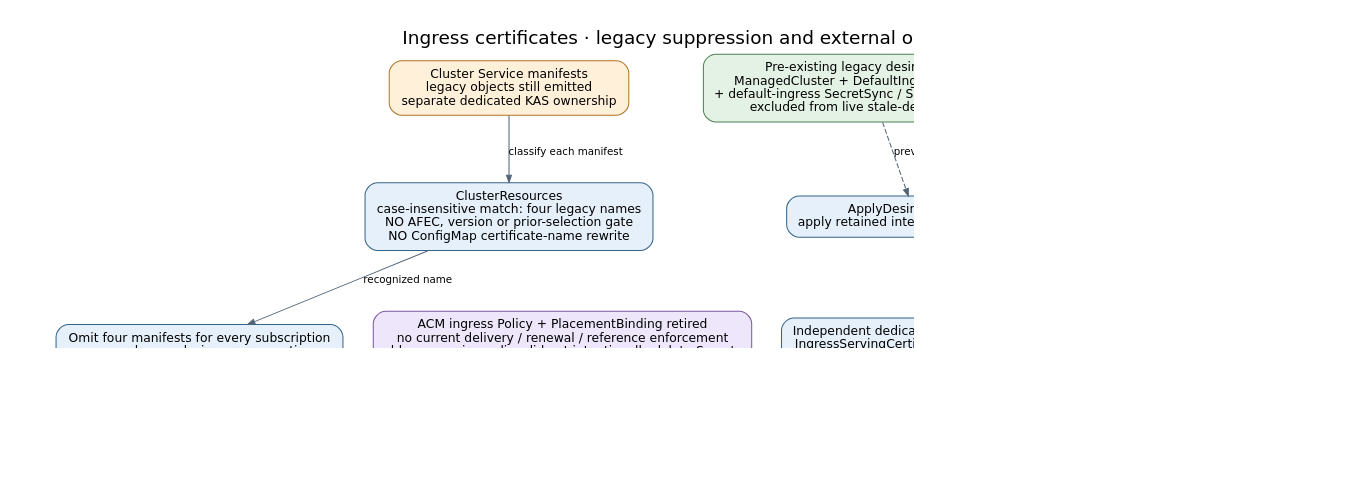
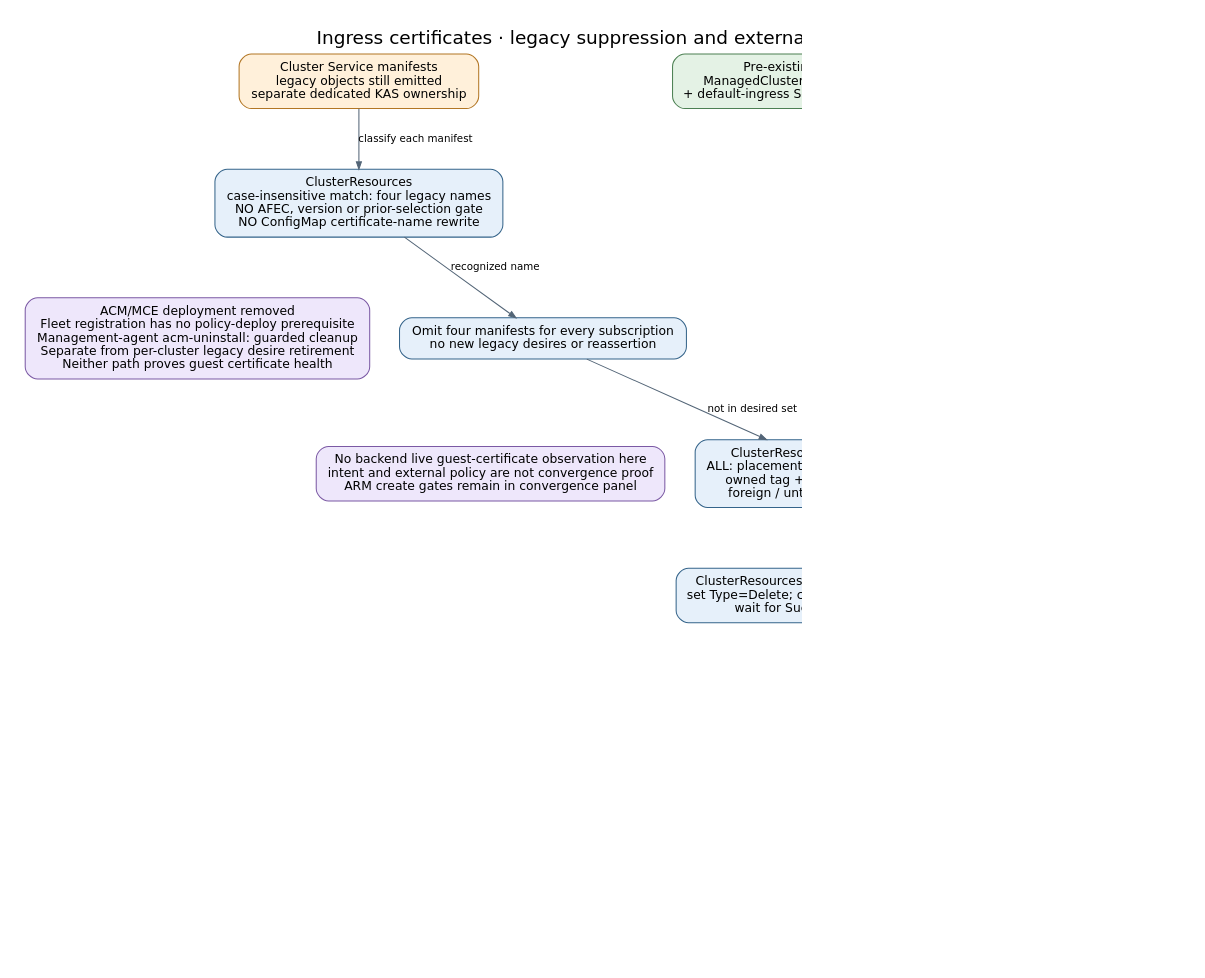
Before and after one commit to Azure/ARO-HCP: the diagram in docs/generated/diagrams/controller-flows/ingress-certificate-selection.dot, drawn with Graphviz. The commit also changed 42 other files, not shown here.

Commit message:
docs: sync generated controller reference and snapshot boundaries

```diff
--- a/docs/generated/diagrams/controller-flows/ingress-certificate-selection.dot
+++ b/docs/generated/diagrams/controller-flows/ingress-certificate-selection.dot
@@ -1,25 +1,33 @@
 digraph ingress_certificate_selection {
   graph [rankdir=TB, bgcolor="white", pad=0.3, nodesep=0.4, ranksep=0.65, fontname="DejaVu Sans", fontsize=18, labelloc=t, label="Ingress certificates · legacy suppression and external ownership", dpi=110];
   node [shape=box, style="rounded,filled", fillcolor="#e6f0fa", color="#35648a", fontname="DejaVu Sans", fontsize=12, margin="0.16,0.10"];
   edge [color="#536577", fontname="DejaVu Sans", fontsize=10, arrowsize=0.7];
   manifests [label="Cluster Service manifests\nlegacy objects still emitted\nseparate dedicated KAS ownership", fillcolor="#fff0da", color="#b27624"];
   gate [label="ClusterResources\ncase-insensitive match: four legacy names\nNO AFEC, version or prior-selection gate\nNO ConfigMap certificate-name rewrite"];
-  keep [label="Pre-existing legacy desires remain\nManagedCluster + DefaultIngressConfigMap\n+ default-ingress SecretSync / SecretProviderClass\nexcluded from live stale-desire cleanup", fillcolor="#e4f2e5", color="#4c8053"];
+  existing [label="Pre-existing four legacy desires\nManagedCluster + DefaultIngressConfigMap\n+ default-ingress SecretSync / SecretProviderClass", fillcolor="#e4f2e5", color="#4c8053"];
   remove [label="Omit four manifests for every subscription\nno new legacy desires or reassertion"];
-  teardown [label="Whole-cluster deletion chain\nexplicit Delete intents + observed completion"];
-  apply [label="ApplyDesireController\napply retained intent / execute Delete"];
-  acm [label="ACM ingress Policy + PlacementBinding retired\nno current delivery / renewal / reference enforcement\nold non-pruning policy did not intentionally delete Secrets\nretained material is not proof of validity or renewal", fillcolor="#eee7fb", color="#7b59a4"];
+  cleanup [label="ClusterResources live stale cleanup\nALL: placement + CS ID + nonnil resources\nowned tag + absent from desired set\nforeign / untagged desires left alone"];
+  deleting [label="ClusterResources: EnsureApplyDesireRemoved\nset Type=Delete; clear apply payload / conditions\nwait for SuccessfullyDeleted=True"];
+  apply [label="ApplyDesireController\nGET target; DELETE if needed\npoll while deletion remains in flight"];
+  gone [label="Management-cluster target absent\nSuccessfullyDeleted=True", fillcolor="#fff0da", color="#b27624"];
+  purge [label="ClusterResources later reconcile\nremove ApplyDesire, then matching ReadDesire\nno whole-cluster deletion prerequisite", fillcolor="#e4f2e5", color="#4c8053"];
+  acm [label="ACM/MCE deployment removed\nFleet registration has no policy-deploy prerequisite\nManagement-agent acm-uninstall: guarded cleanup\nSeparate from per-cluster legacy desire retirement\nNeither path proves guest certificate health", fillcolor="#eee7fb", color="#7b59a4"];
   delivery [label="Independent dedicated ingress delivery\nIngressServingCertificateK8sResources\nsee serving-certificate panel"];
   native [label="Secret-sync delivers provider certificate\nin HostedCluster namespace\nexternal HyperShift/HCCO consumes it\nbackend filtering does not prove consumer health", fillcolor="#fff0da", color="#b27624"];
   note [label="No backend live guest-certificate observation here\nintent and external policy are not convergence proof\nARM create gates remain in convergence panel", fillcolor="#eee7fb", color="#7b59a4"];
   manifests -> gate [label="classify each manifest"];
   gate -> remove [label="recognized name"];
-  keep -> apply [label="previously stored intent", style=dashed];
-  teardown -> apply [label="Delete intents"];
-  apply -> teardown [label="confirmed deletion permits purge", style=dashed, color="#857456", constraint=false];
+  remove -> cleanup [label="not in desired set"];
+  existing -> cleanup [label="owned stale intent"];
+  cleanup -> deleting [label="request deletion"];
+  deleting -> apply [label="persisted Delete intent"];
+  apply -> gone [label="GET confirms NotFound"];
+  gone -> purge [label="observed deletion permits purge"];
+  apply -> apply [label="still exists: delayed retry", style=dashed, color="#857456"];
+  deleting:e -> cleanup:e [label="30s resync / retry", style=dashed, color="#857456", constraint=false];
   delivery -> native [label="separate SPC / SecretSync desires"];
-  { rank=same; manifests; keep; teardown; }
+  { rank=same; manifests; existing; }
   gate -> acm [style=invis];
   remove -> note [style=invis];
   apply -> delivery [style=invis];
 }
```
